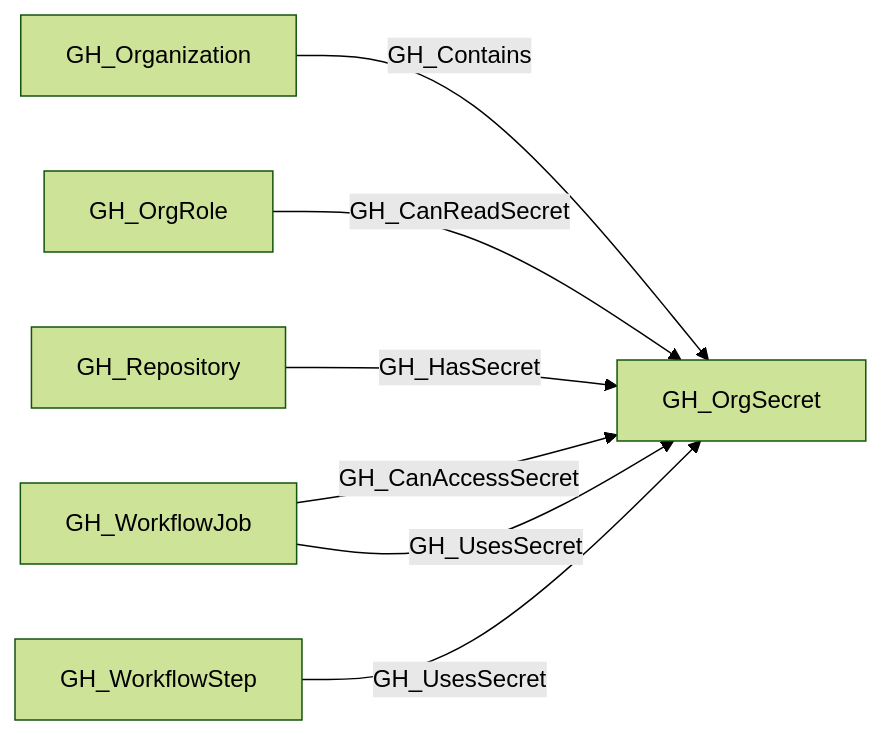
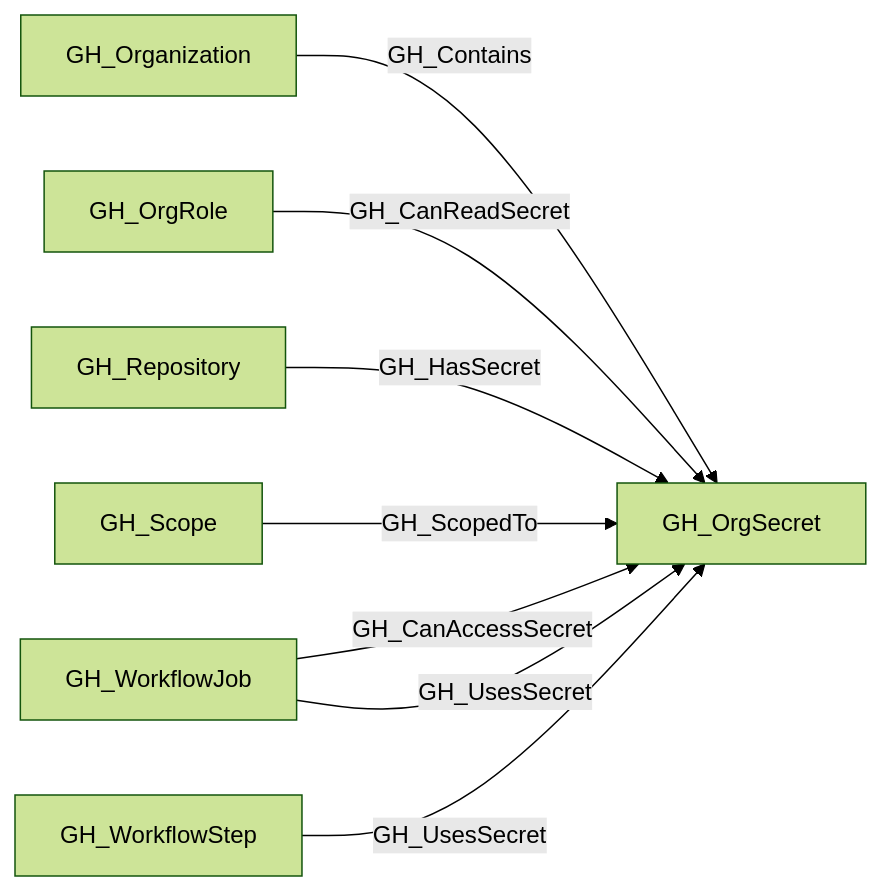
Before and after one commit to SpecterOps/bloodhound-docs: the second of 2 diagrams in docs/opengraph/extensions/github/nodes/gh_orgsecret.mdx, drawn with Mermaid (forest theme). The commit also changed other lines of this file and 30 other files, not shown here.

Commit message:
chore: update openhound github reference for schema v1.4.0

````diff
--- a/docs/opengraph/extensions/github/nodes/gh_orgsecret.mdx
+++ b/docs/opengraph/extensions/github/nodes/gh_orgsecret.mdx
@@ -53,16 +55,18 @@
 ```mermaid
 flowchart LR
 
     GH_Organization["GH_Organization"]
     GH_OrgRole["GH_OrgRole"]
     GH_OrgSecret["GH_OrgSecret"]
     GH_Repository["GH_Repository"]
+    GH_Scope["GH_Scope"]
     GH_WorkflowJob["GH_WorkflowJob"]
     GH_WorkflowStep["GH_WorkflowStep"]
     GH_Organization -- GH_Contains --> GH_OrgSecret
     GH_OrgRole -- GH_CanReadSecret --> GH_OrgSecret
     GH_Repository -- GH_HasSecret --> GH_OrgSecret
+    GH_Scope -- GH_ScopedTo --> GH_OrgSecret
     GH_WorkflowJob -- GH_CanAccessSecret --> GH_OrgSecret
     GH_WorkflowJob -- GH_UsesSecret --> GH_OrgSecret
     GH_WorkflowStep -- GH_UsesSecret --> GH_OrgSecret
 ```
````
